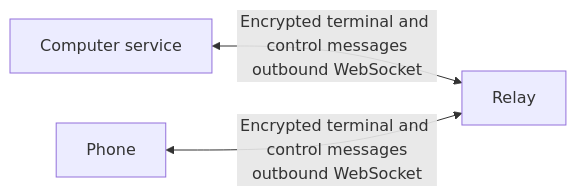
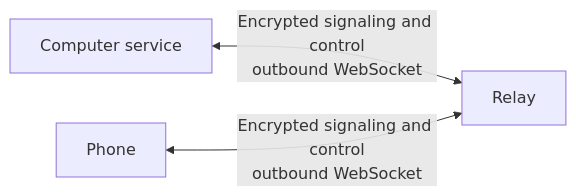
One commit to bilal-/shellbell changed the first of 3 diagrams in docs/how-shellbell-connects.md. Above: the diagram before and after it, drawn with Mermaid. The commit also changed other lines of this file and 8 other files, not shown here.

```diff
--- a/docs/how-shellbell-connects.md
+++ b/docs/how-shellbell-connects.md
@@ -21,5 +21,5 @@
 ~~~mermaid
 flowchart LR
-    C[Computer service] <-->|Encrypted terminal and control messages<br/>outbound WebSocket| R[Relay]
-    P[Phone] <-->|Encrypted terminal and control messages<br/>outbound WebSocket| R
+    C[Computer service] <-->|Encrypted signaling and control<br/>outbound WebSocket| R[Relay]
+    P[Phone] <-->|Encrypted signaling and control<br/>outbound WebSocket| R
 ~~~
```
